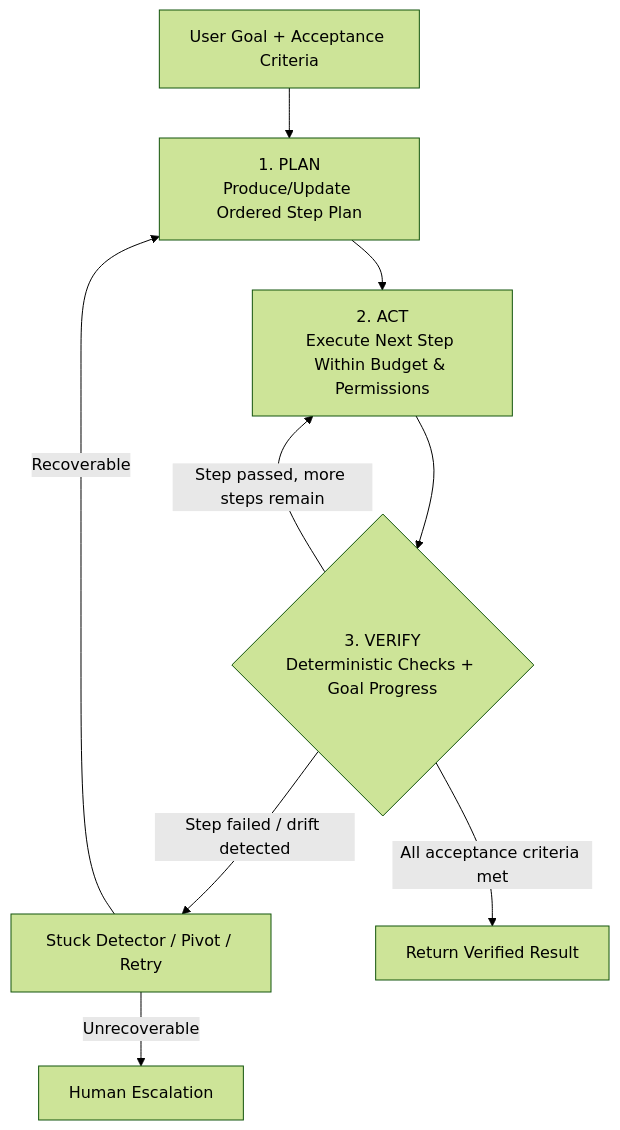
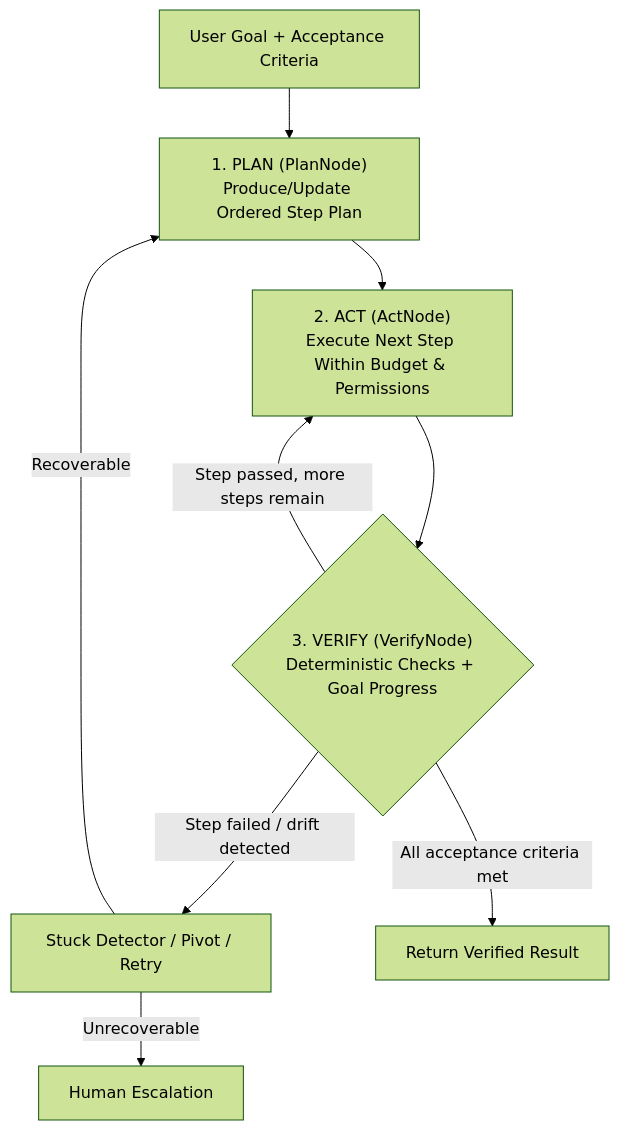
Before and after one commit to Amie-dev/FDE-and-GenAI-Mastery: the first of 2 diagrams in Lecture 14 - Loop Engineering and A2A Protocol/notes/01_Beyond_ReAct_Plan_Act_Verify_Loops.md, drawn with Mermaid (forest theme). The commit also changed other lines of this file and 92 other files, not shown here.

````diff
--- a/Lecture 14 - Loop Engineering and A2A Protocol/notes/01_Beyond_ReAct_Plan_Act_Verify_Loops.md
+++ b/Lecture 14 - Loop Engineering and A2A Protocol/notes/01_Beyond_ReAct_Plan_Act_Verify_Loops.md
@@ -39,11 +40,11 @@
 ```mermaid
 flowchart TD
-    Goal["User Goal + Acceptance Criteria"] --> Plan["1. PLAN<br/>Produce/Update Ordered Step Plan"]
-    Plan --> Act["2. ACT<br/>Execute Next Step Within Budget & Permissions"]
-    Act --> Verify{"3. VERIFY<br/>Deterministic Checks + Goal Progress"}
+    Goal["User Goal + Acceptance Criteria"] --> Plan["1. PLAN (PlanNode)<br/>Produce/Update Ordered Step Plan"]
+    Plan --> Act["2. ACT (ActNode)<br/>Execute Next Step Within Budget & Permissions"]
+    Act --> Verify{"3. VERIFY (VerifyNode)<br/>Deterministic Checks + Goal Progress"}
     Verify -->|"Step failed / drift detected"| Stuck["Stuck Detector / Pivot / Retry"]
     Stuck -->|"Recoverable"| Plan
     Stuck -->|"Unrecoverable"| Esc["Human Escalation"]
     Verify -->|"Step passed, more steps remain"| Act
     Verify -->|"All acceptance criteria met"| Done["Return Verified Result"]
 ```
````
